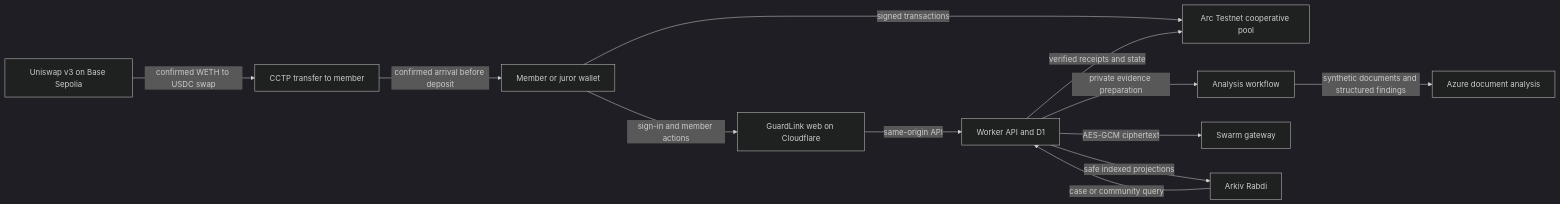
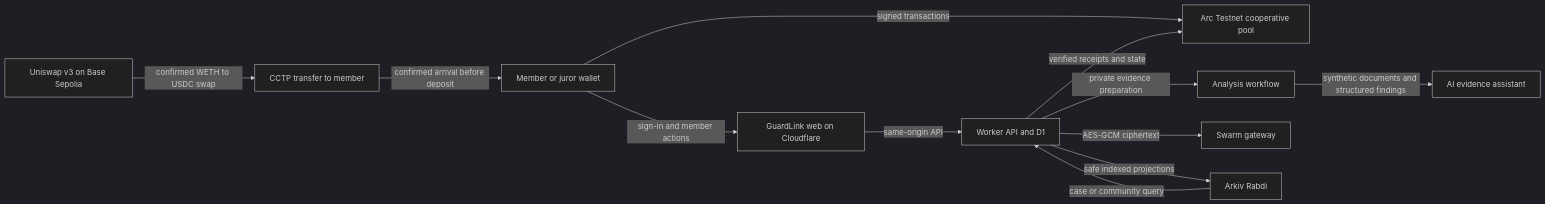
Before and after one commit to AjnasNB/GuardLink: the diagram in docs/ethglobal/ARCHITECTURE.md, drawn with Mermaid (dark theme). The commit also changed 21 other files, not shown here.

````diff
--- a/docs/ethglobal/ARCHITECTURE.md
+++ b/docs/ethglobal/ARCHITECTURE.md
@@ -3,14 +3,14 @@
 ```mermaid
 flowchart LR
   M[Member or juror wallet] -->|signed transactions| A[Arc Testnet cooperative pool]
   M -->|sign-in and member actions| W[GuardLink web on Cloudflare]
   W -->|same-origin API| B[Worker API and D1]
   B -->|verified receipts and state| A
   B -->|private evidence preparation| Q[Analysis workflow]
-  Q -->|synthetic documents and structured findings| Z[Azure document analysis]
+  Q -->|synthetic documents and structured findings| Z[AI evidence assistant]
   B -->|AES-GCM ciphertext| S[Swarm gateway]
   B -->|safe indexed projections| K[Arkiv Rabdi]
   K -->|case or community query| B
   U[Uniswap v3 on Base Sepolia] -->|confirmed WETH to USDC swap| C[CCTP transfer to member]
   C -->|confirmed arrival before deposit| M
 ```
````
